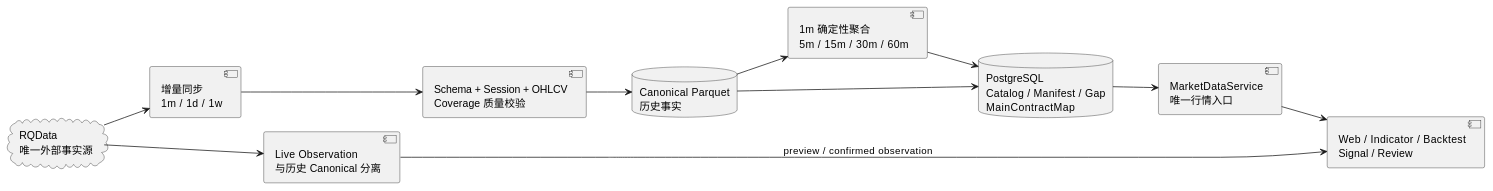
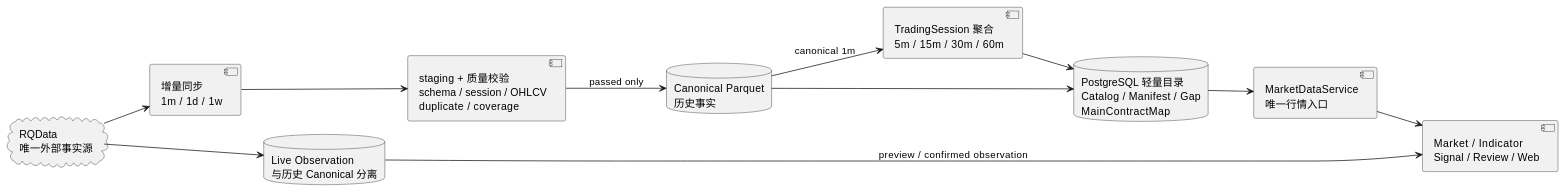
The first of 3 diagrams in docs/ARCHITECTURE.md (firehell/guiyi-quant-workstation), drawn with PlantUML before and after one commit. The commit also changed other lines of this file and 212 other files, not shown here.

````diff
--- a/docs/ARCHITECTURE.md
+++ b/docs/ARCHITECTURE.md
@@ -26,25 +20,25 @@
 ```plantuml
 @startuml
 left to right direction
 cloud "RQData\n唯一外部事实源" as RQ
 component "增量同步\n1m / 1d / 1w" as Sync
-component "Schema + Session + OHLCV\nCoverage 质量校验" as Quality
-database "Canonical Parquet\n历史事实" as Parquet
-component "1m 确定性聚合\n5m / 15m / 30m / 60m" as Aggregate
-database "PostgreSQL\nCatalog / Manifest / Gap\nMainContractMap" as Catalog
+component "staging + 质量校验\nschema / session / OHLCV\nduplicate / coverage" as Quality
+database "Canonical Parquet\n历史事实" as Canonical
+component "TradingSession 聚合\n5m / 15m / 30m / 60m" as Aggregate
+database "PostgreSQL 轻量目录\nCatalog / Manifest / Gap\nMainContractMap" as Catalog
 component "MarketDataService\n唯一行情入口" as Market
-component "Web / Indicator / Backtest\nSignal / Review" as Consumer
-component "Live Observation\n与历史 Canonical 分离" as Live
+component "Market / Indicator\nSignal / Review / Web" as Consumer
+database "Live Observation\n与历史 Canonical 分离" as Live
 
 RQ --> Sync
 Sync --> Quality
-Quality --> Parquet
-Parquet --> Aggregate
-Parquet --> Catalog
+Quality --> Canonical : passed only
+Canonical --> Aggregate : canonical 1m
+Canonical --> Catalog
 Aggregate --> Catalog
 Catalog --> Market
 Market --> Consumer
 RQ --> Live
 Live --> Consumer : preview / confirmed observation
 @enduml
 ```
````
